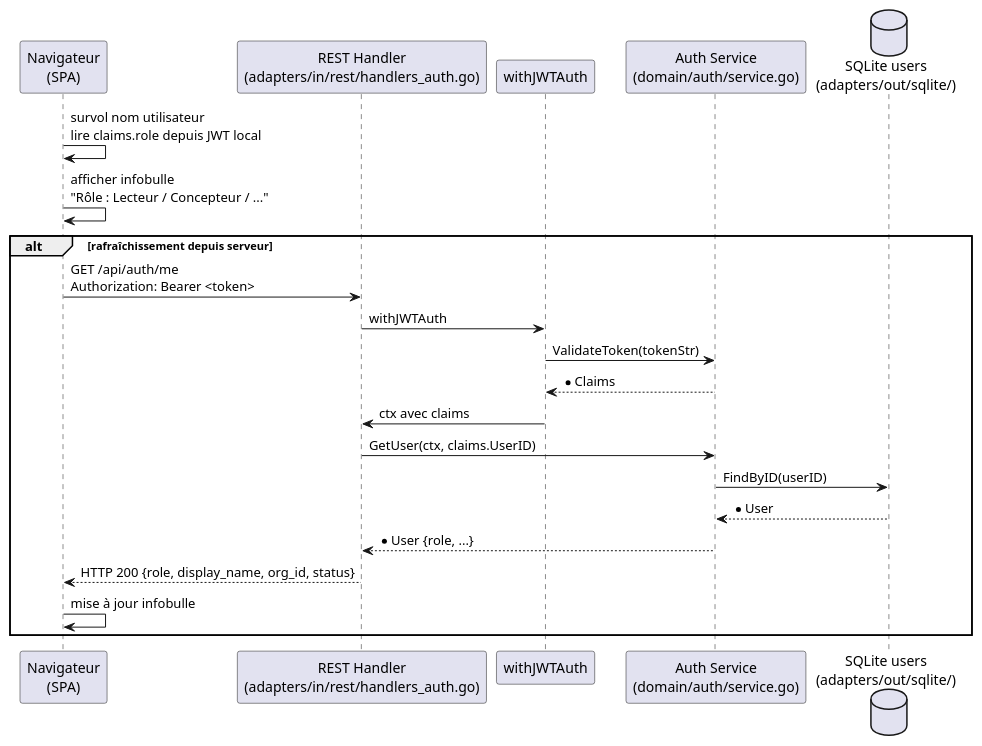
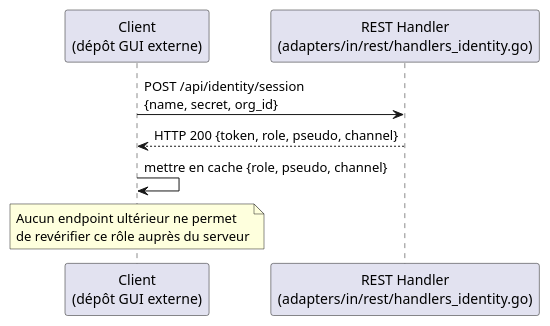
Before and after one commit to olivaux/myr: the second of 2 diagrams in specs/2-Analyse/UCA-Compte_et_Acces/UCA07.md, drawn with PlantUML. The commit also changed other lines of this file and 72 other files, not shown here.

````diff
--- a/specs/2-Analyse/UCA-Compte_et_Acces/UCA07.md
+++ b/specs/2-Analyse/UCA-Compte_et_Acces/UCA07.md
@@ -76,26 +57,12 @@
 ```plantuml
 @startuml
-participant "Navigateur\n(SPA)" as Browser
-participant "REST Handler\n(adapters/in/rest/handlers_auth.go)" as REST
-participant "withJWTAuth" as Middleware
-participant "Auth Service\n(domain/auth/service.go)" as Service
-database "SQLite users\n(adapters/out/sqlite/)" as SQLite
+participant "Client\n(dépôt GUI externe)" as Client
+participant "REST Handler\n(adapters/in/rest/handlers_identity.go)" as REST
 
-Browser -> Browser : survol nom utilisateur\nlire claims.role depuis JWT local
-Browser -> Browser : afficher infobulle\n"Rôle : Lecteur / Concepteur / ..."
+Client -> REST : POST /api/identity/session\n{name, secret, org_id}
+REST --> Client : HTTP 200 {token, role, pseudo, channel}
+Client -> Client : mettre en cache {role, pseudo, channel}
 
-alt rafraîchissement depuis serveur
-  Browser -> REST : GET /api/auth/me\nAuthorization: Bearer <token>
-  REST -> Middleware : withJWTAuth
-  Middleware -> Service : ValidateToken(tokenStr)
-  Service --> Middleware : *Claims
-  Middleware -> REST : ctx avec claims
-  REST -> Service : GetUser(ctx, claims.UserID)
-  Service -> SQLite : FindByID(userID)
-  SQLite --> Service : *User
-  Service --> REST : *User {role, ...}
-  REST --> Browser : HTTP 200 {role, display_name, org_id, status}
-  Browser -> Browser : mise à jour infobulle
-end
+note over Client : Aucun endpoint ultérieur ne permet\nde revérifier ce rôle auprès du serveur
 @enduml
 ```
````
